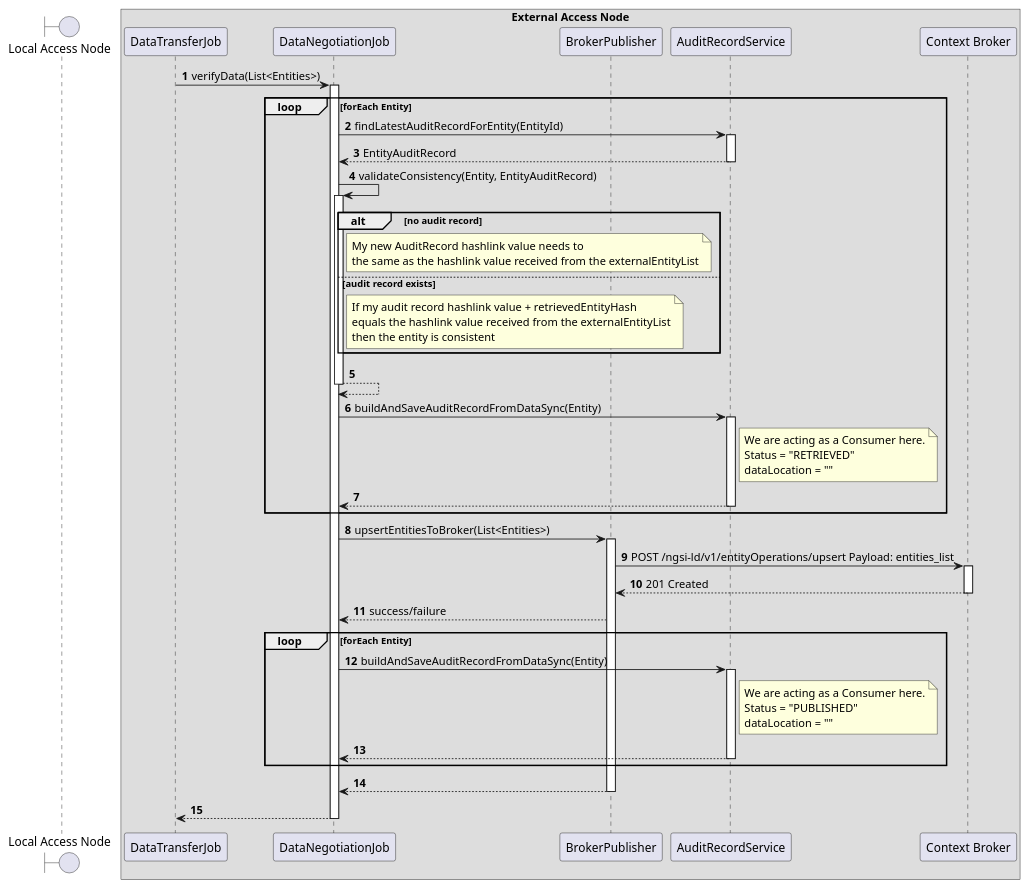
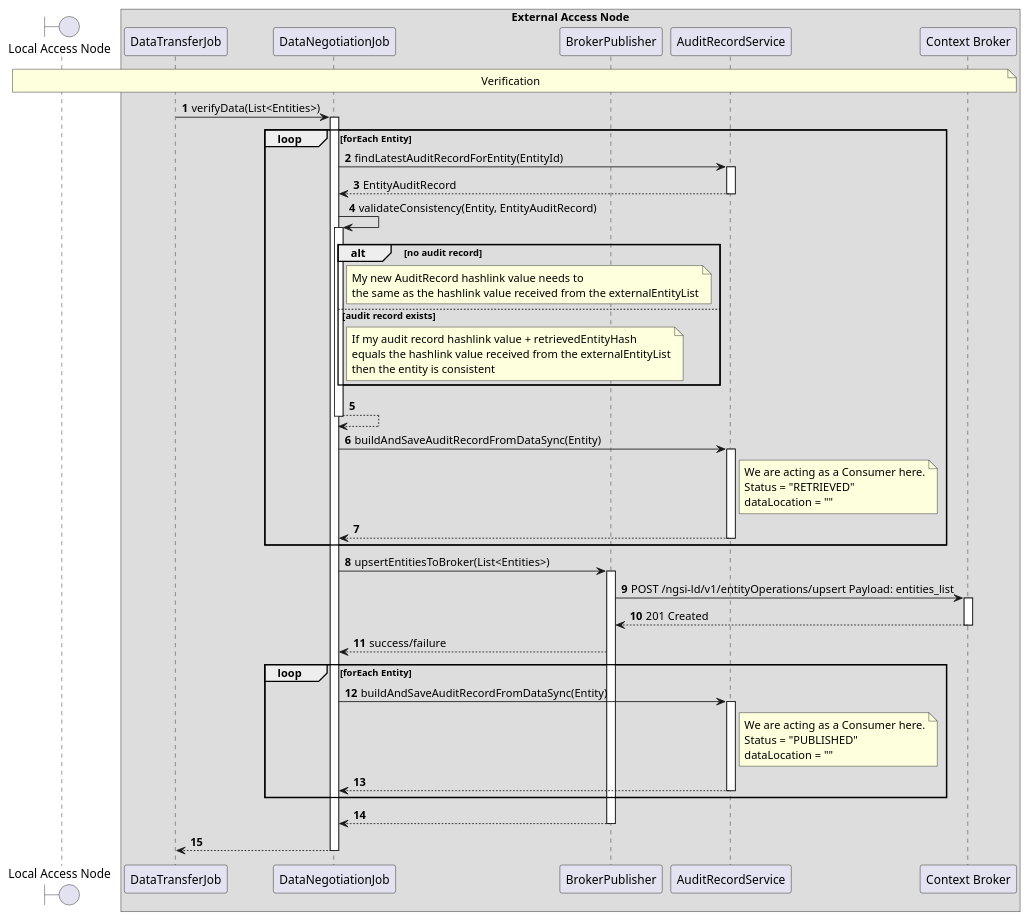
The diagram in desmos-tech-doc/diagrams/use-case-data-synchronization-5-external_verification.puml (in2workspace/in2-guides), drawn with PlantUML before and after one commit. The commit also changed 7 other files, not shown here.

```diff
--- a/desmos-tech-doc/diagrams/use-case-data-synchronization-5-external_verification.puml
+++ b/desmos-tech-doc/diagrams/use-case-data-synchronization-5-external_verification.puml
@@ -1,71 +1,74 @@
 @startuml
 'https://plantuml.com/sequence-diagram
 
 '---------- Config ----------------
 
 autonumber
 
 '---------- Header ----------------
 
 boundary "Local Access Node" as lan
 
 box "External Access Node"
 
   participant "DataTransferJob" as dtj
   participant "DataNegotiationJob" as dnj
   participant "BrokerPublisher" as bp
   participant "AuditRecordService" as ars
   participant "Context Broker" as cb
 
 end box
 
 '---------- Diagram ----------------
+
+note over lan, cb
+    Verification
+end note
 
     dtj -> dnj++: verifyData(List<Entities>)
         loop forEach Entity
             dnj -> ars++: findLatestAuditRecordForEntity(EntityId)
             return EntityAuditRecord
             dnj -> dnj++: validateConsistency(Entity, EntityAuditRecord)
                 alt no audit record
                     note right of dnj
                         My new AuditRecord hashlink value needs to
                         the same as the hashlink value received from the externalEntityList
                     end note
                 else audit record exists
                     note right of dnj
                         If my audit record hashlink value + retrievedEntityHash
                         equals the hashlink value received from the externalEntityList
                         then the entity is consistent
                     end note
                 end
             return
 
             dnj -> ars++: buildAndSaveAuditRecordFromDataSync(Entity)
                 note right of ars
                     We are acting as a Consumer here.
                     Status = "RETRIEVED"
                     dataLocation = ""
                 end note
                 return
         end
 
 
         dnj -> bp++: upsertEntitiesToBroker(List<Entities>)
             bp -> cb++: POST /ngsi-ld/v1/entityOperations/upsert Payload: entities_list
             return 201 Created
         bp --> dnj: success/failure
 
         loop forEach Entity
             dnj -> ars++: buildAndSaveAuditRecordFromDataSync(Entity)
             note right of ars
                 We are acting as a Consumer here.
                 Status = "PUBLISHED"
                 dataLocation = ""
             end note
             return
         end
     return
 return
 
-
 @enduml
```
